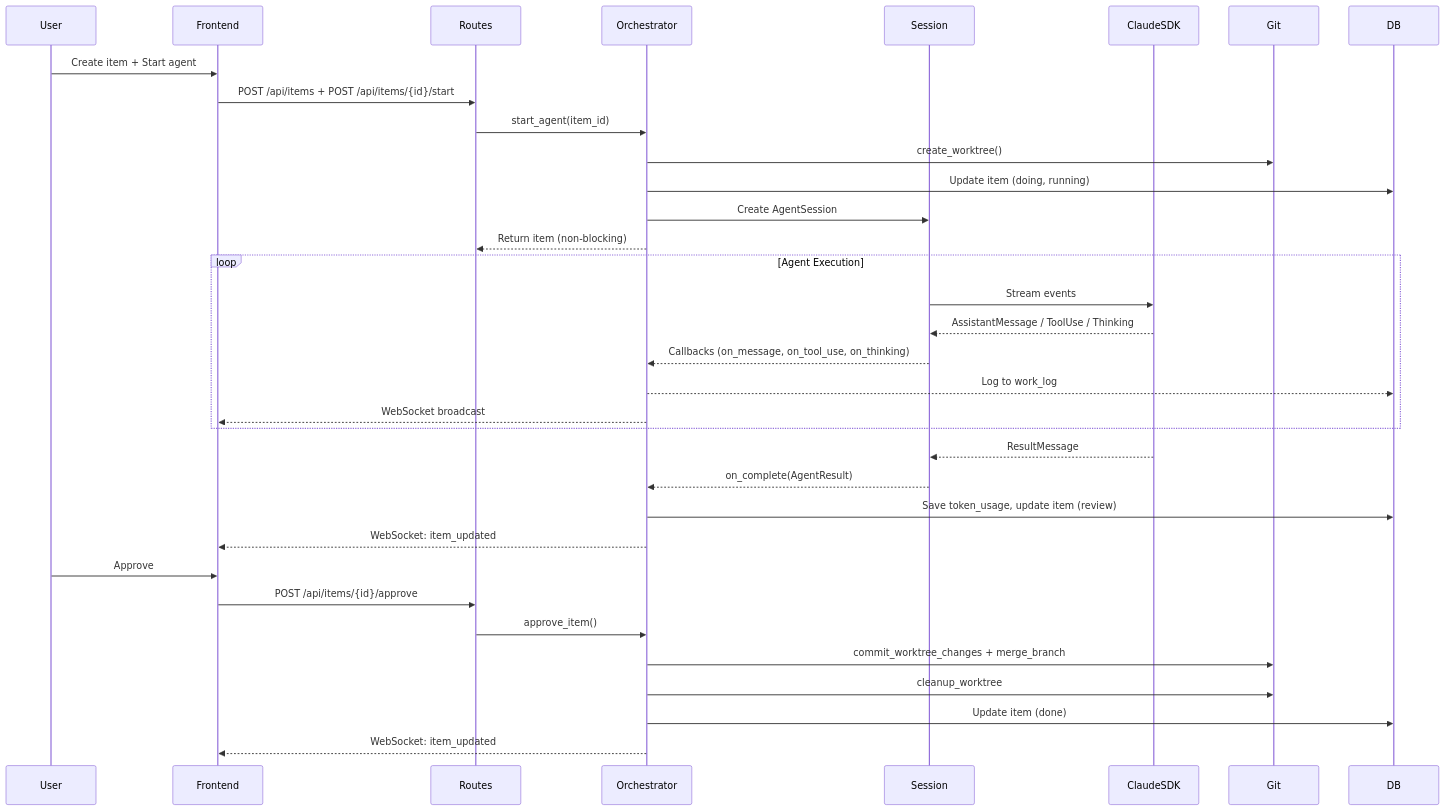
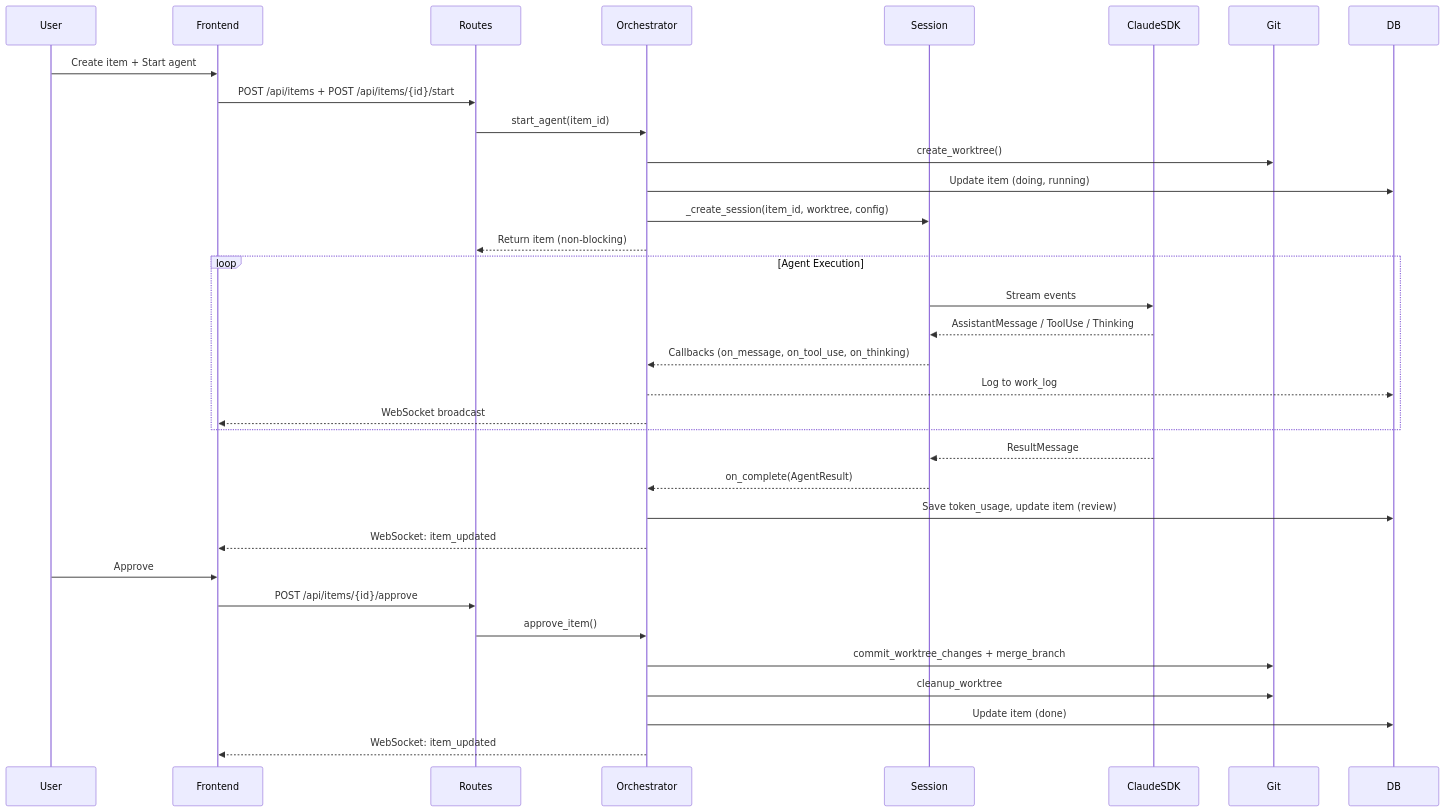
One commit to epatel/claude-agents-dashboard changed the second of 4 diagrams in ASSESSMENT_CODE.md. Above: the diagram before and after it, drawn with Mermaid. The commit also changed other lines of this file and 2 other files, not shown here.

````diff
--- a/ASSESSMENT_CODE.md
+++ b/ASSESSMENT_CODE.md
@@ -125,40 +128,40 @@
 ```mermaid
 sequenceDiagram
     participant User
     participant Frontend
     participant Routes
     participant Orchestrator
     participant Session
     participant ClaudeSDK
     participant Git
     participant DB
 
     User->>Frontend: Create item + Start agent
     Frontend->>Routes: POST /api/items + POST /api/items/{id}/start
     Routes->>Orchestrator: start_agent(item_id)
     Orchestrator->>Git: create_worktree()
     Orchestrator->>DB: Update item (doing, running)
-    Orchestrator->>Session: Create AgentSession
+    Orchestrator->>Session: _create_session(item_id, worktree, config)
     Orchestrator-->>Routes: Return item (non-blocking)
 
     loop Agent Execution
         Session->>ClaudeSDK: Stream events
         ClaudeSDK-->>Session: AssistantMessage / ToolUse / Thinking
         Session-->>Orchestrator: Callbacks (on_message, on_tool_use, on_thinking)
         Orchestrator-->>DB: Log to work_log
         Orchestrator-->>Frontend: WebSocket broadcast
     end
 
     ClaudeSDK-->>Session: ResultMessage
     Session-->>Orchestrator: on_complete(AgentResult)
     Orchestrator->>DB: Save token_usage, update item (review)
     Orchestrator-->>Frontend: WebSocket: item_updated
 
     User->>Frontend: Approve
     Frontend->>Routes: POST /api/items/{id}/approve
     Routes->>Orchestrator: approve_item()
     Orchestrator->>Git: commit_worktree_changes + merge_branch
     Orchestrator->>Git: cleanup_worktree
     Orchestrator->>DB: Update item (done)
     Orchestrator-->>Frontend: WebSocket: item_updated
 ```
````
